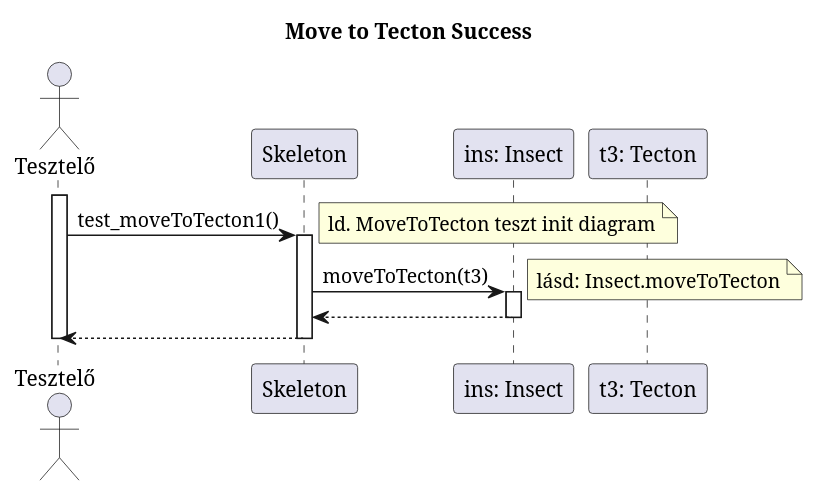
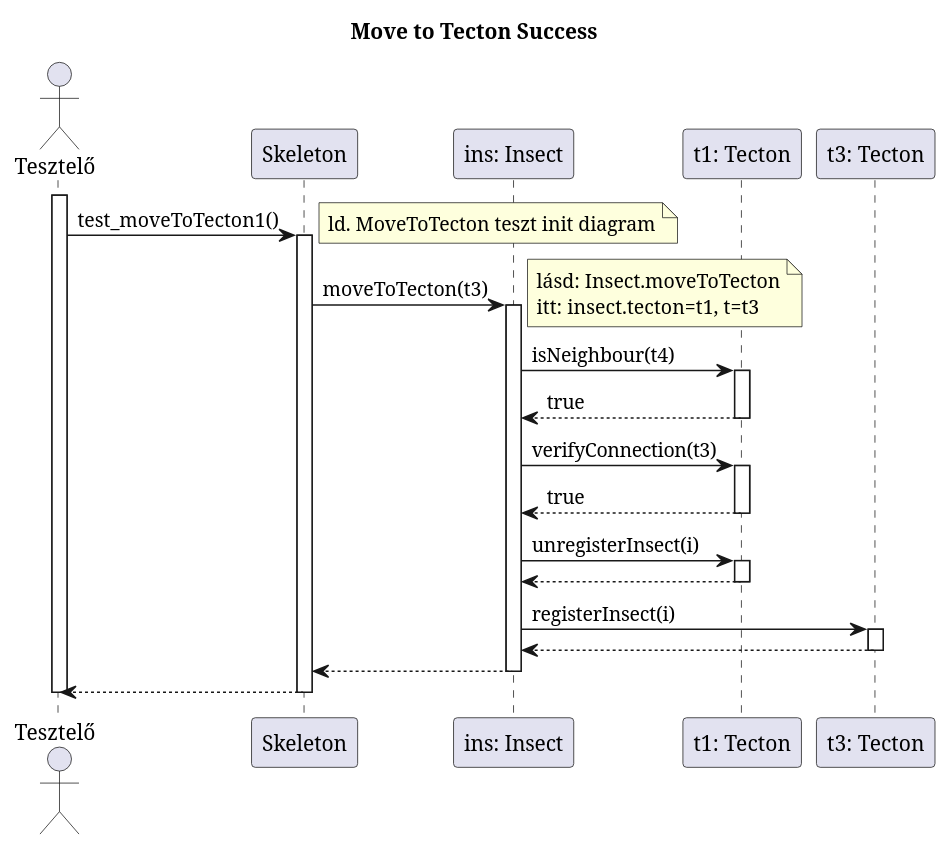
The diagram in diagrams/test-sequence/insect/moveToTecton1.plantuml (dzsem/projlab), drawn with PlantUML before and after one commit. The commit also changed 3 other files, not shown here.

Commit message:
Update moveToTecton test diagrams

```diff
--- a/diagrams/test-sequence/insect/moveToTecton1.plantuml
+++ b/diagrams/test-sequence/insect/moveToTecton1.plantuml
@@ -1,37 +1,63 @@
 @startuml test_moveToTecton1
 
 title Move to Tecton Success
 
 actor "Tesztelő" as t
 participant "Skeleton" as ske
 participant "ins: Insect" as i
+participant "t1: Tecton" as t1
 participant "t3: Tecton" as t3
 
 activate t
 
 t -> ske: test_moveToTecton1()
 note right: ld. MoveToTecton teszt init diagram
 activate ske
 
 	ske -> i: moveToTecton(t3)
 	activate i
-	note right: lásd: Insect.moveToTecton
+	note right: lásd: Insect.moveToTecton\nitt: insect.tecton=t1, t=t3
+
+		i -> t1: isNeighbour(t4)
+		activate t1
+
+		i <-- t1: true
+		deactivate t1
+
+		i -> t1: verifyConnection(t3)
+		activate t1
+
+		i <-- t1: true
+		deactivate t1
+
+		i -> t1: unregisterInsect(i)
+		activate t1
+
+		i <-- t1
+		deactivate t1
+
+		i -> t3: registerInsect(i)
+		activate t3
+
+		i <-- t3
+		deactivate t3
+
 
 	ske <-- i
 	deactivate i
 
 ' idk hogy ez kelleni fog-e valamilyen formában ~tams
 '	opt ins.tecton != t3
 '		t -> logger: printError("test_moveToTecton1 failed")
 '		activate logger
 '
 '		t <-- logger
 '		deactivate logger
 '	end
 
 t <-- ske
 deactivate ske
 
 deactivate t
 
 @enduml
```
